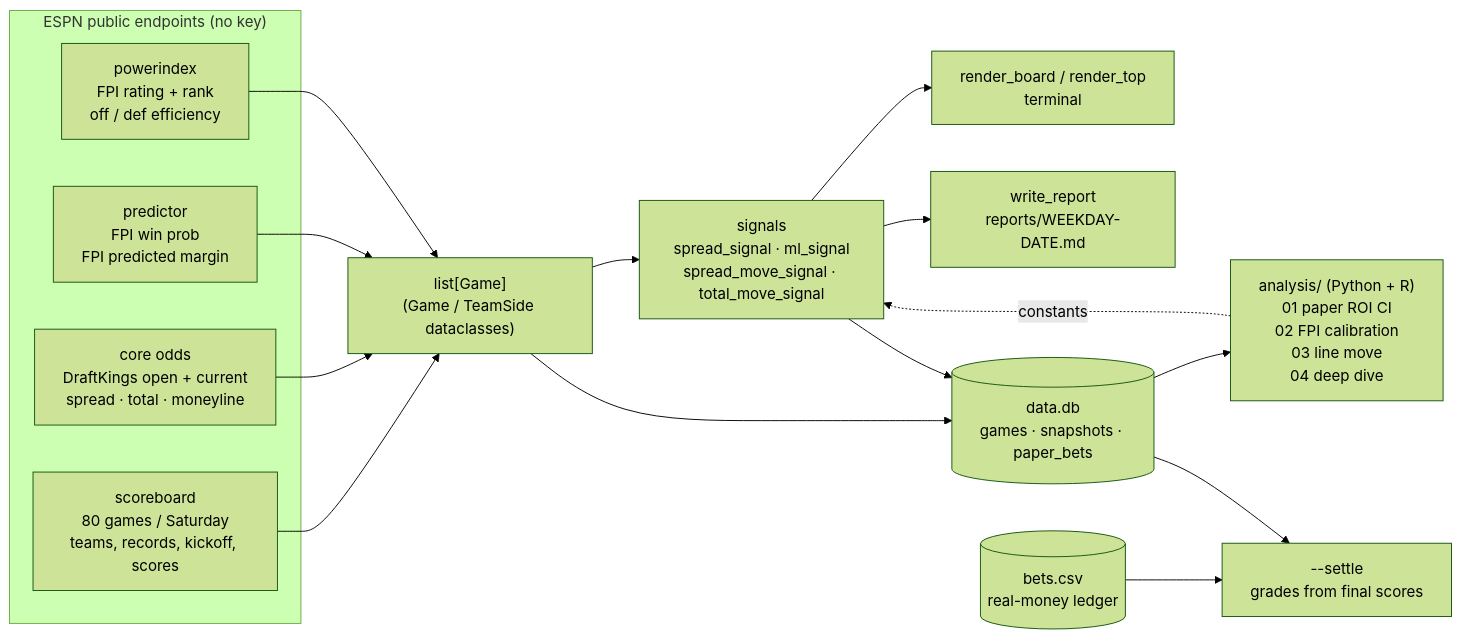
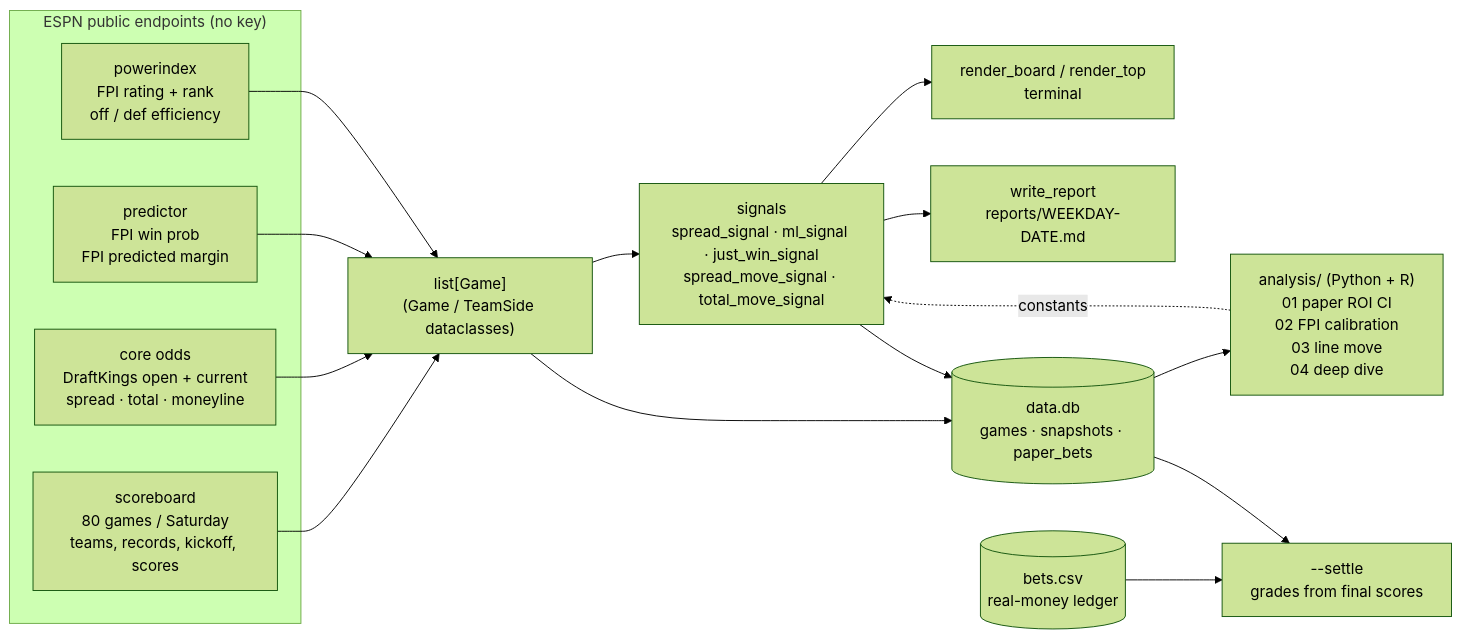
One commit to wbp318/cfb_pro_soccer_2026 changed the fourth of 26 diagrams in README.md. Above: the diagram before and after it, drawn with Mermaid (forest theme). The commit also changed other lines of this file and 3 other files, not shown here.

Commit message:
Docs: just-win board in README diagrams and signal table, betting_guide, CLAUDE.md, CHANGELOG

````diff
--- a/README.md
+++ b/README.md
@@ -319,24 +319,24 @@
 ```mermaid
 flowchart LR
     subgraph ESPN["ESPN public endpoints (no key)"]
         SB["scoreboard\n80 games / Saturday\nteams, records, kickoff, scores"]
         OD["core odds\nDraftKings open + current\nspread · total · moneyline"]
         PR["predictor\nFPI win prob\nFPI predicted margin"]
         PI["powerindex\nFPI rating + rank\noff / def efficiency"]
     end
 
     SB --> G["list[Game]\n(Game / TeamSide dataclasses)"]
     OD --> G
     PR --> G
     PI --> G
 
-    G --> SIG["signals\nspread_signal · ml_signal\nspread_move_signal · total_move_signal"]
+    G --> SIG["signals\nspread_signal · ml_signal · just_win_signal\nspread_move_signal · total_move_signal"]
     SIG --> BOARD["render_board / render_top\nterminal"]
     SIG --> REP["write_report\nreports/WEEKDAY-DATE.md"]
     G --> DB[("data.db\ngames · snapshots · paper_bets")]
     SIG --> DB
     DB --> AN["analysis/ (Python + R)\n01 paper ROI CI\n02 FPI calibration\n03 line move\n04 deep dive"]
     AN -. constants .-> SIG
     BETS[("bets.csv\nreal-money ledger")] --> SET["--settle\ngrades from final scores"]
     DB --> SET
 ```
````
